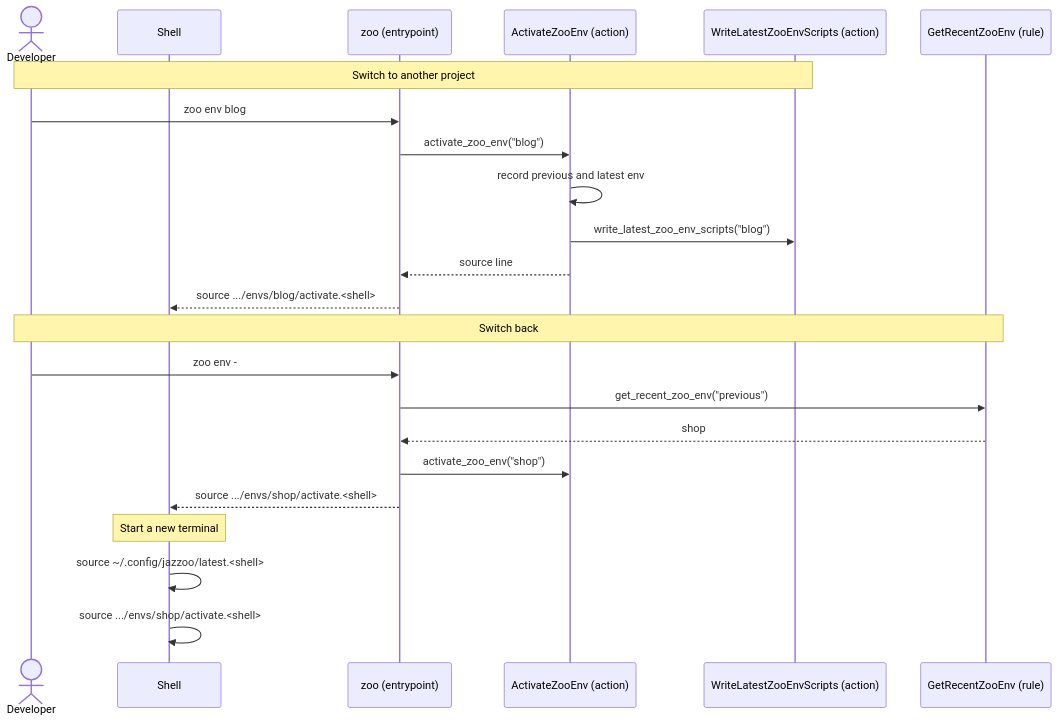
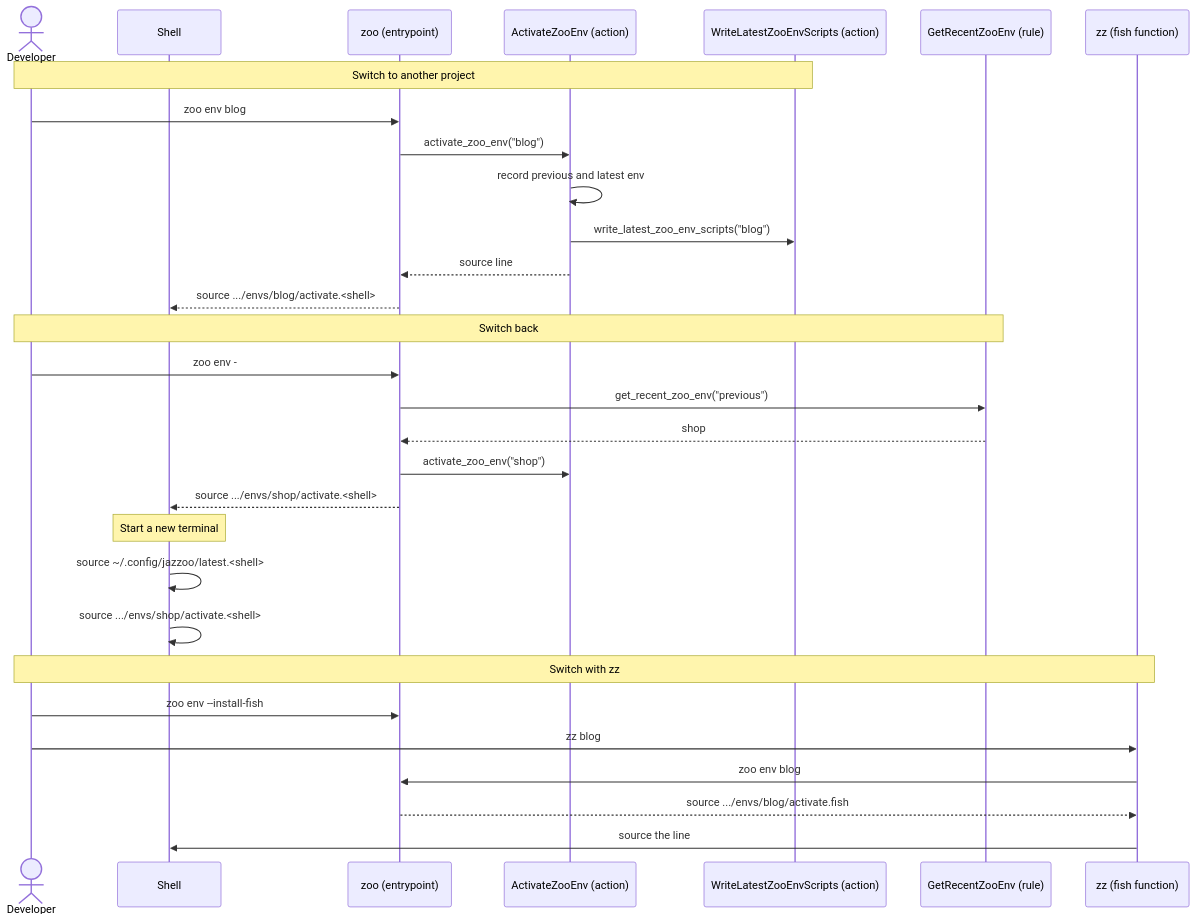
Before and after one commit to mnieber/jazzoo: the diagram in doc/spec/scenarios/s20_a_developer_switches_between_projects.md, drawn with Mermaid. The commit also changed other lines of this file and 18 other files, not shown here.

````diff
--- a/doc/spec/scenarios/s20_a_developer_switches_between_projects.md
+++ b/doc/spec/scenarios/s20_a_developer_switches_between_projects.md
@@ -39,28 +39,36 @@
 ```mermaid
 sequenceDiagram
     actor Developer
     participant Shell
     participant Zoo as zoo (entrypoint)
     participant Act as ActivateZooEnv (action)
     participant WL as WriteLatestZooEnvScripts (action)
     participant GR as GetRecentZooEnv (rule)
+    participant Zz as zz (fish function)
 
     Note over Developer,WL: Switch to another project
     Developer->>Zoo: zoo env blog
     Zoo->>Act: activate_zoo_env("blog")
     Act->>Act: record previous and latest env
     Act->>WL: write_latest_zoo_env_scripts("blog")
     Act-->>Zoo: source line
     Zoo-->>Shell: source .../envs/blog/activate.<shell>
 
     Note over Developer,GR: Switch back
     Developer->>Zoo: zoo env -
     Zoo->>GR: get_recent_zoo_env("previous")
     GR-->>Zoo: shop
     Zoo->>Act: activate_zoo_env("shop")
     Zoo-->>Shell: source .../envs/shop/activate.<shell>
 
     Note over Shell: Start a new terminal
     Shell->>Shell: source ~/.config/jazzoo/latest.<shell>
     Shell->>Shell: source .../envs/shop/activate.<shell>
+
+    Note over Developer,Zz: Switch with zz
+    Developer->>Zoo: zoo env --install-fish
+    Developer->>Zz: zz blog
+    Zz->>Zoo: zoo env blog
+    Zoo-->>Zz: source .../envs/blog/activate.fish
+    Zz->>Shell: source the line
 ```
````
